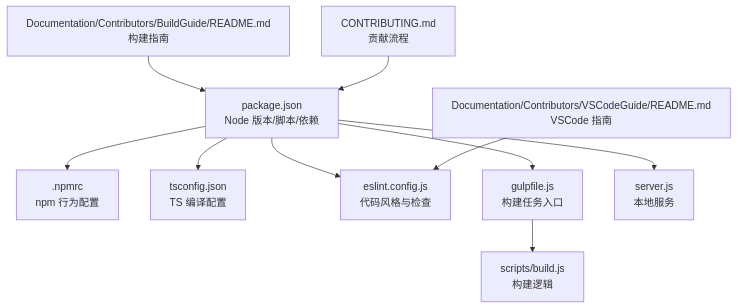
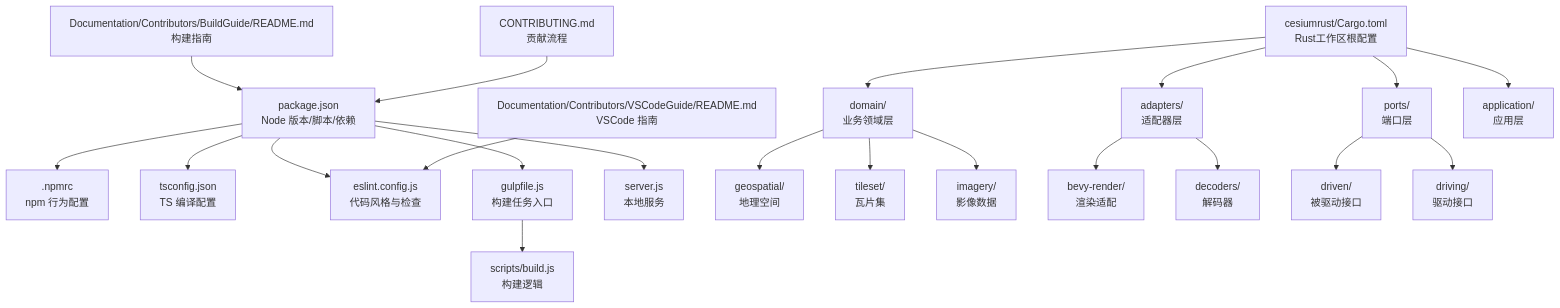
One commit to rzhangjing/cesium changed the first of 4 diagrams in .qoder/repowiki/zh/content/构建与部署/开发环境搭建.md. Above: the diagram before and after it, drawn with Mermaid. The commit also changed other lines of this file and 92 other files, not shown here.

````diff
--- a/.qoder/repowiki/zh/content/构建与部署/开发环境搭建.md
+++ b/.qoder/repowiki/zh/content/构建与部署/开发环境搭建.md
@@ -44,12 +59,23 @@
 ```mermaid
 graph TB
 A["package.json<br/>Node 版本/脚本/依赖"] --> B[".npmrc<br/>npm 行为配置"]
 A --> C["tsconfig.json<br/>TS 编译配置"]
 A --> D["eslint.config.js<br/>代码风格与检查"]
 A --> E["gulpfile.js<br/>构建任务入口"]
 E --> F["scripts/build.js<br/>构建逻辑"]
 A --> G["server.js<br/>本地服务"]
 H["Documentation/Contributors/BuildGuide/README.md<br/>构建指南"] --> A
 I["Documentation/Contributors/VSCodeGuide/README.md<br/>VSCode 指南"] --> D
 J["CONTRIBUTING.md<br/>贡献流程"] --> A
+K["cesiumrust/Cargo.toml<br/>Rust工作区根配置"] --> L["domain/<br/>业务领域层"]
+K --> M["adapters/<br/>适配器层"]
+K --> N["ports/<br/>端口层"]
+K --> O["application/<br/>应用层"]
+L --> P["geospatial/<br/>地理空间"]
+L --> Q["tileset/<br/>瓦片集"]
+L --> R["imagery/<br/>影像数据"]
+M --> S["bevy-render/<br/>渲染适配"]
+M --> T["decoders/<br/>解码器"]
+N --> U["driven/<br/>被驱动接口"]
+N --> V["driving/<br/>驱动接口"]
 ```
````
